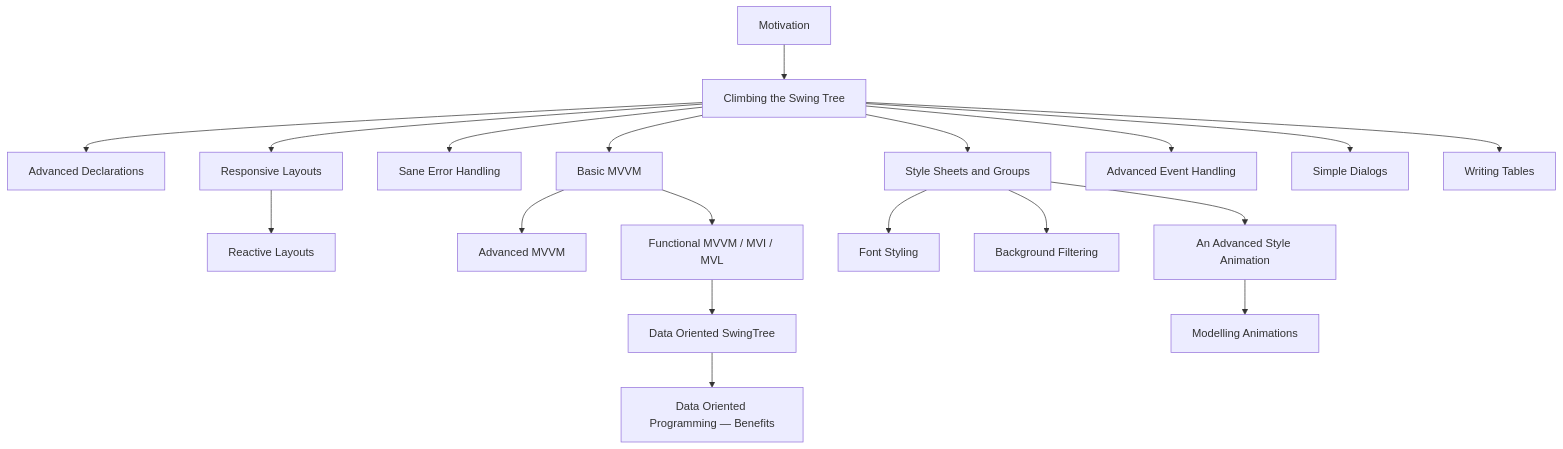
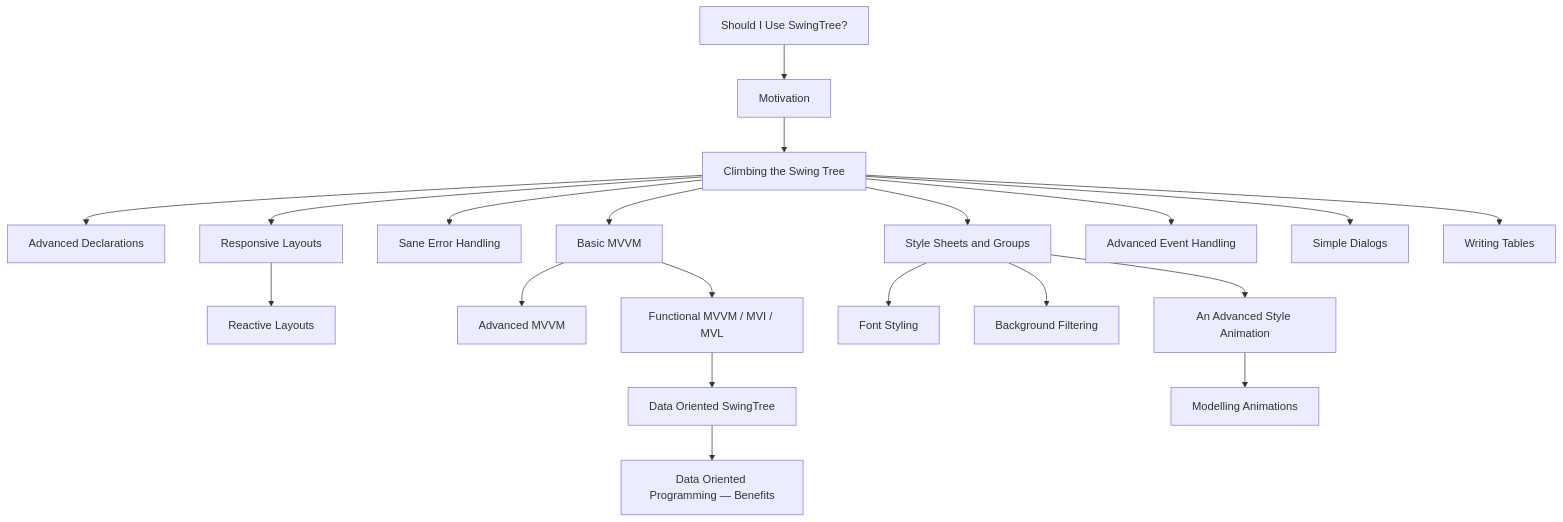
The diagram in docs/markdown/README.md (globaltcad/swing-tree), drawn with Mermaid before and after one commit. The commit also changed other lines of this file and 3 other files, not shown here.

````diff
--- a/docs/markdown/README.md
+++ b/docs/markdown/README.md
@@ -61,21 +70,22 @@
 ```mermaid
 graph TD;
+    S[Should I Use SwingTree?] --> M[Motivation]
     M[Motivation] --> C[Climbing the Swing Tree]
     C --> AD[Advanced Declarations]
     C --> RL[Responsive Layouts]
     C --> SAN[Sane Error Handling]
     RL --> RAL[Reactive Layouts]
     C --> BMV[Basic MVVM]
     BMV --> AMV[Advanced MVVM]
     BMV --> FMV[Functional MVVM / MVI / MVL]
     FMV --> DO[Data Oriented SwingTree]
     DO --> DOB[Data Oriented Programming — Benefits]
     C --> SS[Style Sheets and Groups]
     SS --> FS[Font Styling]
     SS --> BF[Background Filtering]
     SS --> ASA[An Advanced Style Animation]
     ASA --> MA[Modelling Animations]
     C --> EH[Advanced Event Handling]
     C --> SD[Simple Dialogs]
     C --> WT[Writing Tables]
 ```
````
